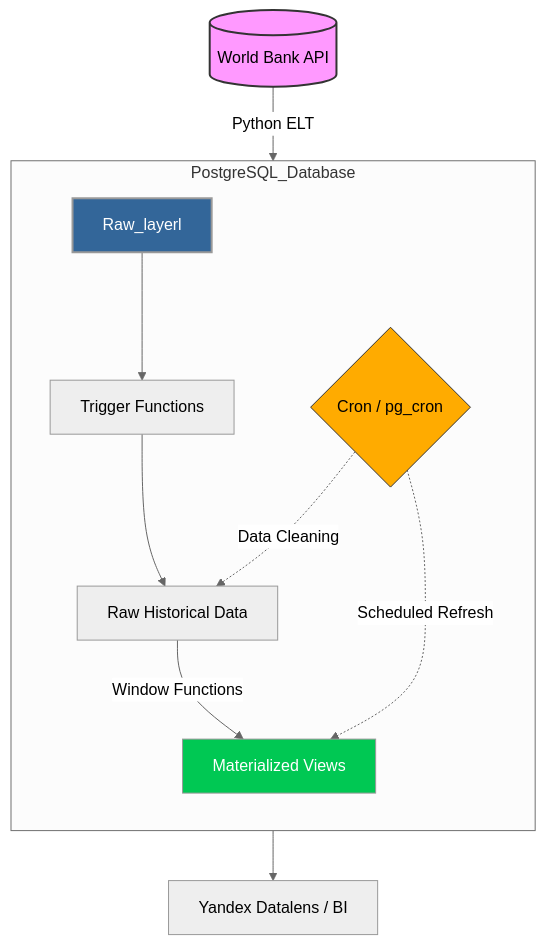
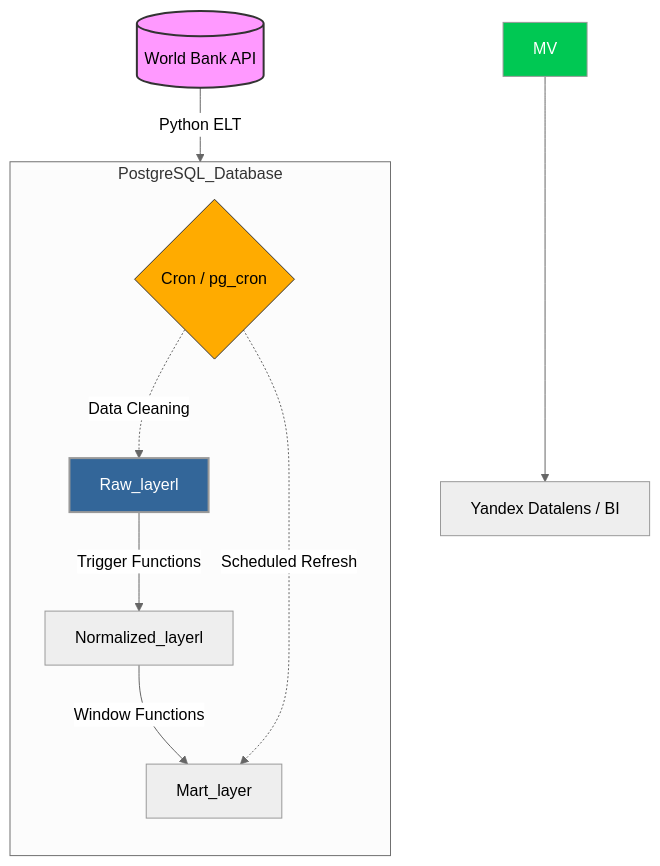
The diagram in README.md (ososovyan/WB_data_collector), drawn with Mermaid (neutral theme) before and after one commit. The commit also changed other lines of this file, not shown here.

````diff
--- a/README.md
+++ b/README.md
@@ -37,26 +37,25 @@
 ```mermaid
 graph TD
     %% Источник данных
-    WB[(World Bank API)] --> |Python ELT| PG[Raw_layerl]
+    WB[(World Bank API)] --> |Python ELT| RL[Raw_layerl]
 
     %% Внутренняя логика БД
     subgraph PostgreSQL_Database
         direction TB
-        PG --> TR[Trigger Functions]
-        TR --> RAW[Raw Historical Data]
+        RL --> |Trigger Functions| NL[Normalized_layerl]
         
-        RAW --> |Window Functions| MV[Materialized Views]
+        NL --> |Window Functions| ML[Mart_layer]
         
-        CRON{Cron / pg_cron} -.-> |Scheduled Refresh| MV
-        CRON -.-> |Data Cleaning| RAW
+        CRON{Cron / pg_cron} -.-> |Scheduled Refresh| ML
+        CRON -.-> |Data Cleaning| RL
     end
 
     %% Выход данных
     MV --> API[Yandex Datalens / BI ]
     
     %% Стилизация (чтобы было красиво)
     style WB fill:#f9f,stroke:#333,stroke-width:2px
-    style PG fill:#336699,color:#fff,stroke-width:2px
+    style RL fill:#336699,color:#fff,stroke-width:2px
     style MV fill:#00c853,color:#fff
     style CRON fill:#ffab00,stroke:#333
 ```
````
